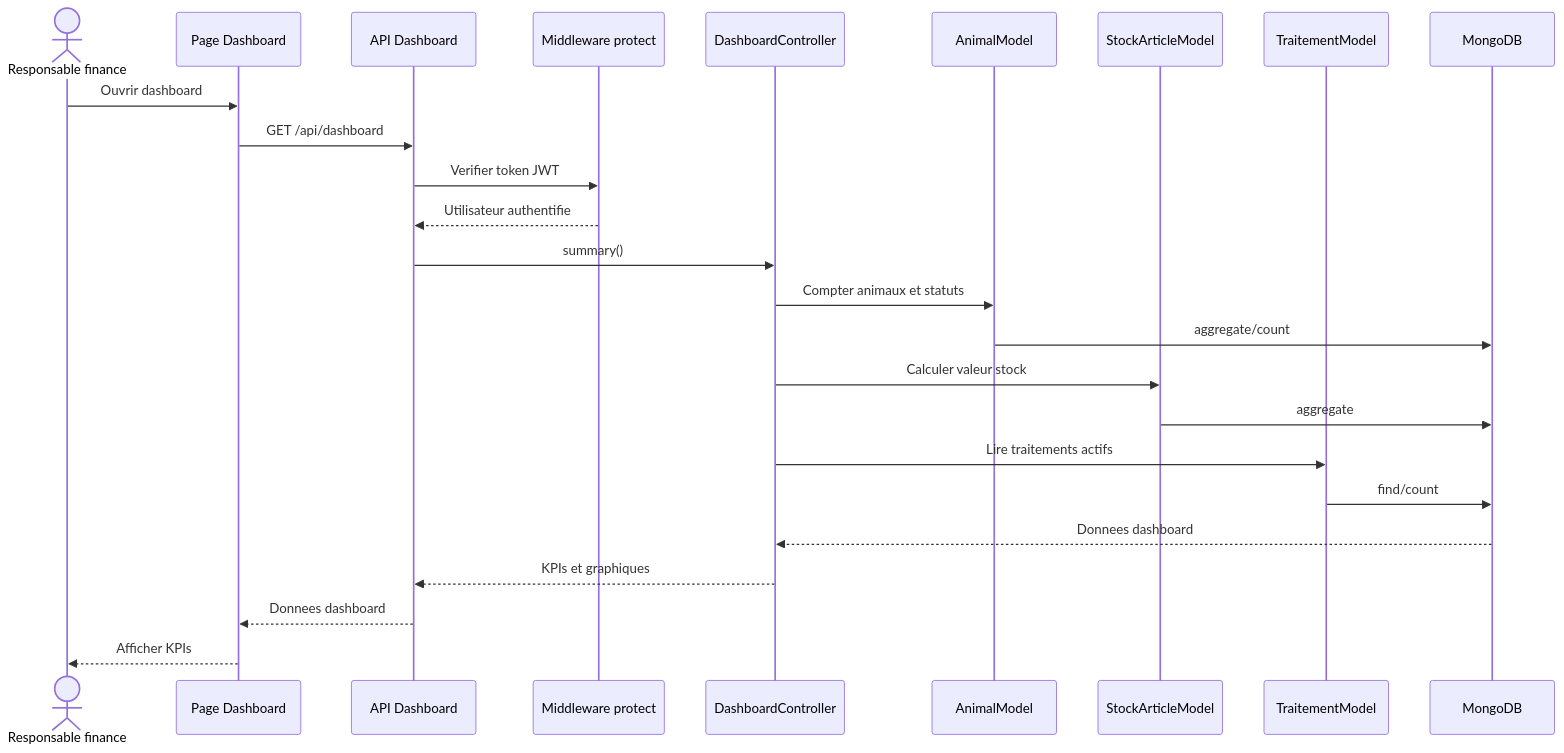
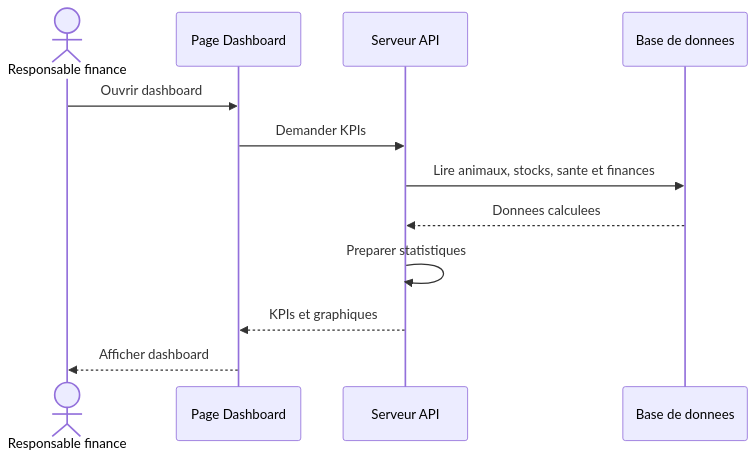
One commit to Youness-Ailal/bovins_cmc changed the diagram in tasks/hajar/sequence-dashboard.md. Above: the diagram before and after it, drawn with Mermaid. The commit also changed 14 other files, not shown here.

````diff
--- a/tasks/hajar/sequence-dashboard.md
+++ b/tasks/hajar/sequence-dashboard.md
@@ -3,28 +3,15 @@
 ```mermaid
 sequenceDiagram
     actor Responsable as Responsable finance
-    participant Frontend as Page Dashboard
-    participant API as API Dashboard
-    participant Middleware as Middleware protect
-    participant Controller as DashboardController
-    participant Animal as AnimalModel
-    participant Stock as StockArticleModel
-    participant Sante as TraitementModel
-    participant DB as MongoDB
+    participant Interface as Page Dashboard
+    participant Serveur as Serveur API
+    participant DB as Base de donnees
 
-    Responsable->>Frontend: Ouvrir dashboard
-    Frontend->>API: GET /api/dashboard
-    API->>Middleware: Verifier token JWT
-    Middleware-->>API: Utilisateur authentifie
-    API->>Controller: summary()
-    Controller->>Animal: Compter animaux et statuts
-    Animal->>DB: aggregate/count
-    Controller->>Stock: Calculer valeur stock
-    Stock->>DB: aggregate
-    Controller->>Sante: Lire traitements actifs
-    Sante->>DB: find/count
-    DB-->>Controller: Donnees dashboard
-    Controller-->>API: KPIs et graphiques
-    API-->>Frontend: Donnees dashboard
-    Frontend-->>Responsable: Afficher KPIs
+    Responsable->>Interface: Ouvrir dashboard
+    Interface->>Serveur: Demander KPIs
+    Serveur->>DB: Lire animaux, stocks, sante et finances
+    DB-->>Serveur: Donnees calculees
+    Serveur->>Serveur: Preparer statistiques
+    Serveur-->>Interface: KPIs et graphiques
+    Interface-->>Responsable: Afficher dashboard
 ```
````
